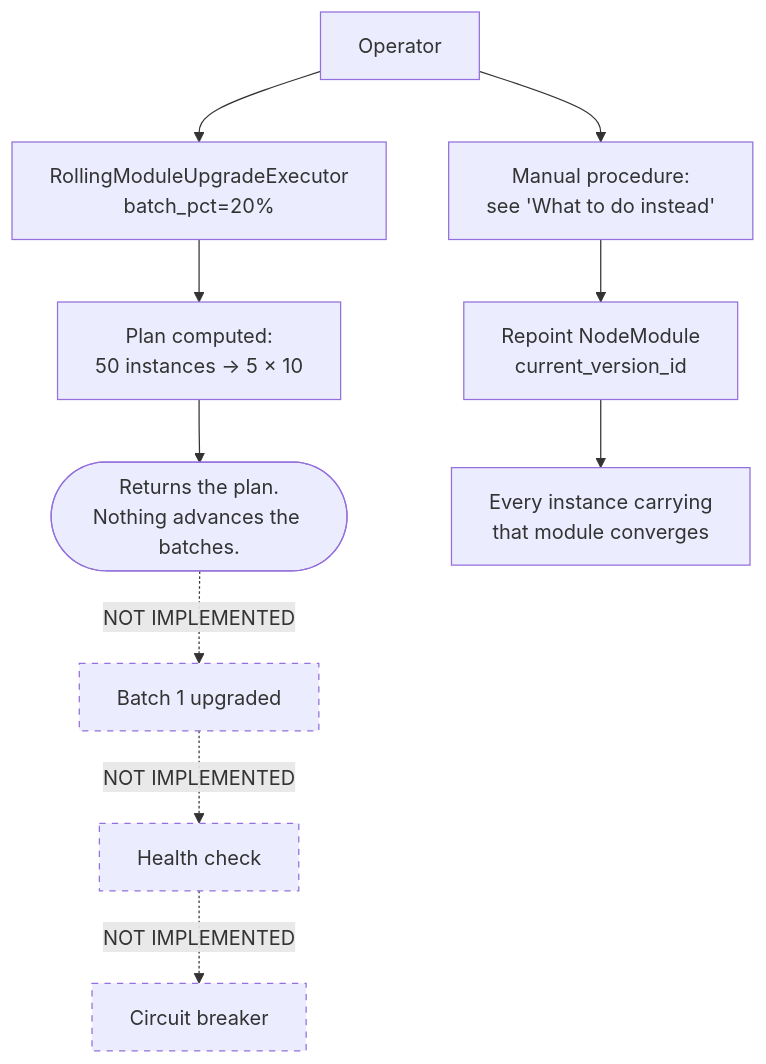
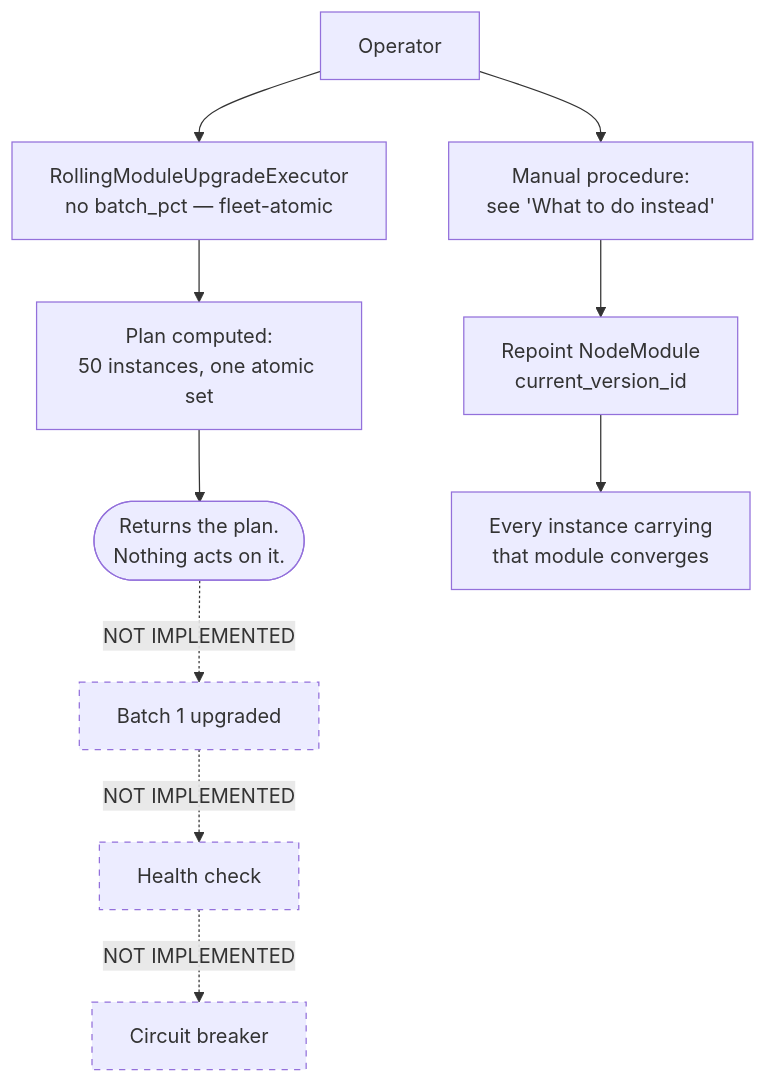
Before and after one commit to nodealchemy/powernode-system: the diagram in docs/tutorials/06-rolling-upgrade.md, drawn with Mermaid. The commit also changed other lines of this file and 21 other files, not shown here.

First line of the commit message:
fix(fleet): IMP-b948ea7fa382 remove batch_pct — module upgrades are fleet-atomic

````diff
--- a/docs/tutorials/06-rolling-upgrade.md
+++ b/docs/tutorials/06-rolling-upgrade.md
@@ -36,18 +46,18 @@
 ```mermaid
 flowchart TD
-    Op[Operator] --> Plan[RollingModuleUpgradeExecutor<br/>batch_pct=20%]
-    Plan --> Plan2[Plan computed:<br/>50 instances → 5 × 10]
-    Plan2 --> Stop([Returns the plan.<br/>Nothing advances the batches.])
+    Op[Operator] --> Plan[RollingModuleUpgradeExecutor<br/>no batch_pct — fleet-atomic]
+    Plan --> Plan2[Plan computed:<br/>50 instances, one atomic set]
+    Plan2 --> Stop([Returns the plan.<br/>Nothing acts on it.])
 
     Stop -.->|NOT IMPLEMENTED| Ghost1[Batch 1 upgraded]
     Ghost1 -.->|NOT IMPLEMENTED| Ghost2[Health check]
     Ghost2 -.->|NOT IMPLEMENTED| Ghost3[Circuit breaker]
 
     Op --> Manual[Manual procedure:<br/>see 'What to do instead']
     Manual --> Ptr[Repoint NodeModule<br/>current_version_id]
     Ptr --> Fleet[Every instance carrying<br/>that module converges]
 
     style Ghost1 stroke-dasharray: 5 5
     style Ghost2 stroke-dasharray: 5 5
     style Ghost3 stroke-dasharray: 5 5
 ```
````
